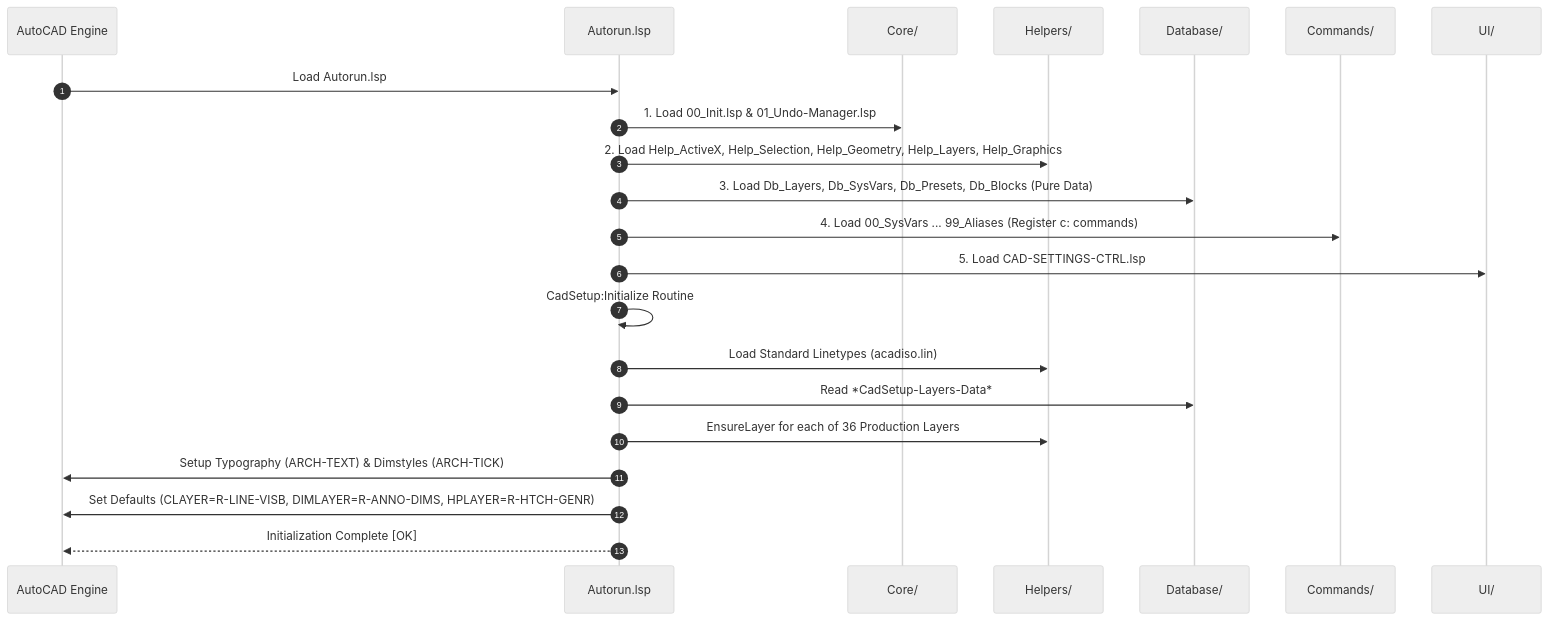
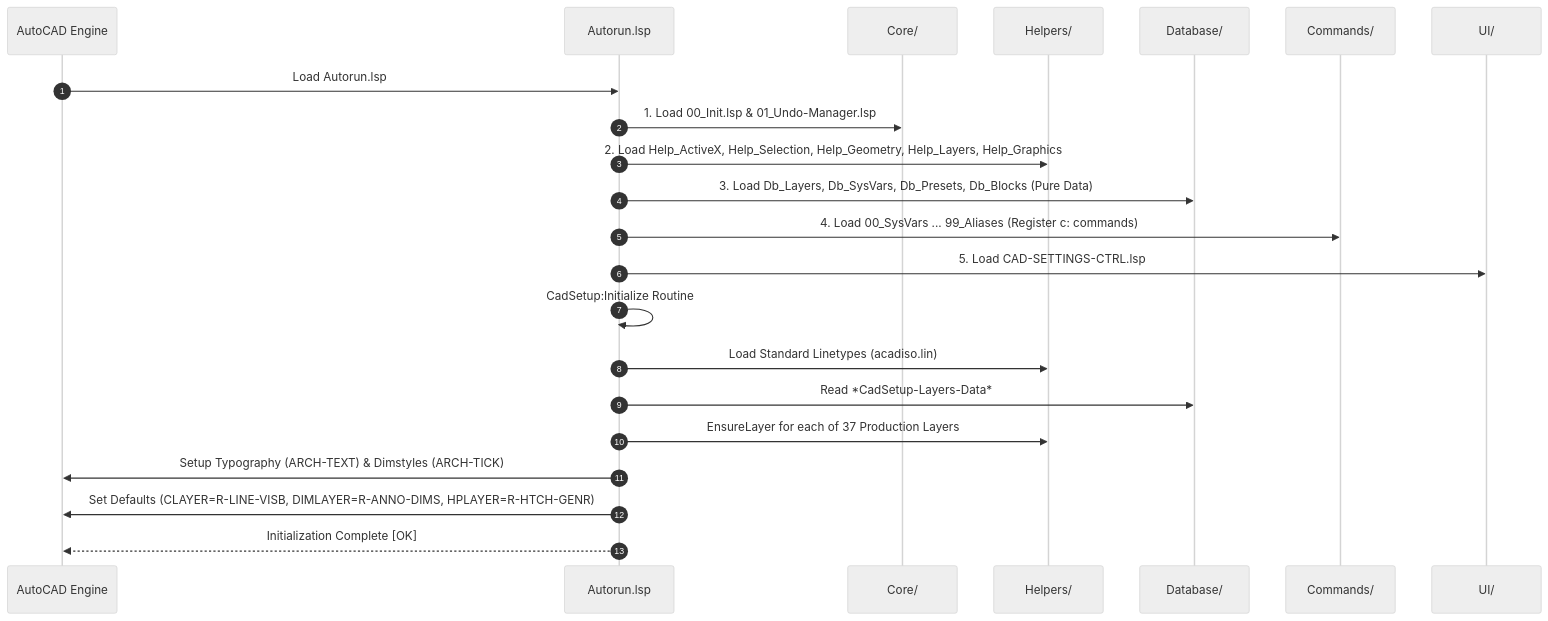
Before and after one commit to Haseebpp/Cad-Setup-v4: the second of 4 diagrams in ARCHITECTURE.md, drawn with Mermaid (neutral theme). The commit also changed other lines of this file and 6 other files, not shown here.

Commit message:
feat: add graphics helpers, database layers, workflow keys, layout views, and utility commands

````diff
--- a/ARCHITECTURE.md
+++ b/ARCHITECTURE.md
@@ -45,25 +45,25 @@
 ```mermaid
 sequenceDiagram
     autonumber
     participant ACAD as AutoCAD Engine
     participant Auto as Autorun.lsp
     participant Core as Core/
     participant Help as Helpers/
     participant Db as Database/
     participant Cmd as Commands/
     participant UI as UI/
 
     ACAD->>Auto: Load Autorun.lsp
     Auto->>Core: 1. Load 00_Init.lsp & 01_Undo-Manager.lsp
     Auto->>Help: 2. Load Help_ActiveX, Help_Selection, Help_Geometry, Help_Layers, Help_Graphics
     Auto->>Db: 3. Load Db_Layers, Db_SysVars, Db_Presets, Db_Blocks (Pure Data)
     Auto->>Cmd: 4. Load 00_SysVars ... 99_Aliases (Register c: commands)
     Auto->>UI: 5. Load CAD-SETTINGS-CTRL.lsp
     Auto->>Auto: CadSetup:Initialize Routine
     Auto->>Help: Load Standard Linetypes (acadiso.lin)
     Auto->>Db: Read *CadSetup-Layers-Data*
-    Auto->>Help: EnsureLayer for each of 36 Production Layers
+    Auto->>Help: EnsureLayer for each of 37 Production Layers
     Auto->>ACAD: Setup Typography (ARCH-TEXT) & Dimstyles (ARCH-TICK)
     Auto->>ACAD: Set Defaults (CLAYER=R-LINE-VISB, DIMLAYER=R-ANNO-DIMS, HPLAYER=R-HTCH-GENR)
     Auto-->>ACAD: Initialization Complete [OK]
 ```
````
